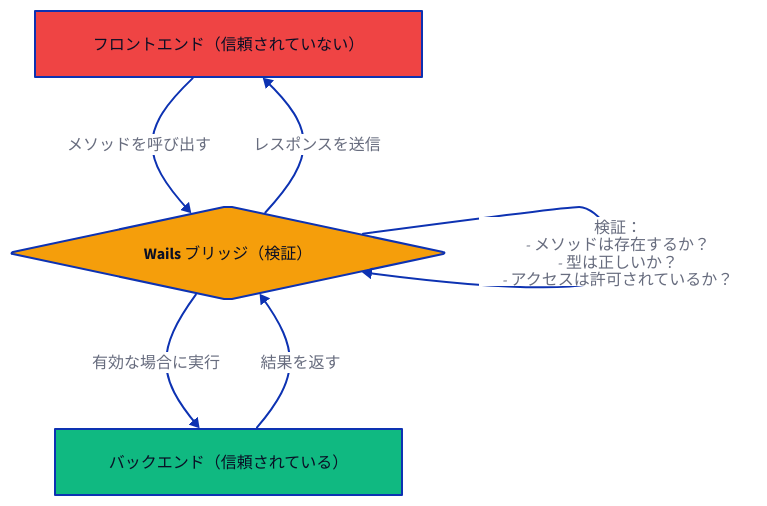
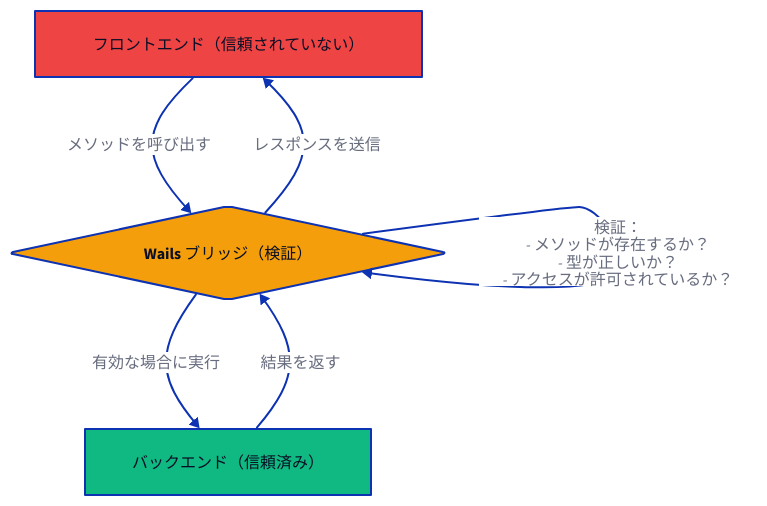
One commit to wailsapp/wails changed the eighth of 8 diagrams in docs/mpress/content/ja/concepts/architecture.md. Above: the diagram before and after it, drawn with D2. The commit also changed other lines of this file and 1096 other files, not shown here.

````diff
--- a/docs/mpress/content/ja/concepts/architecture.md
+++ b/docs/mpress/content/ja/concepts/architecture.md
@@ -559,24 +559,24 @@
 ```d2
 direction: down
 
 Frontend: フロントエンド（信頼されていない） {
   shape: rectangle
   style.fill: "#EF4444"
 }
 
 Bridge: Wails ブリッジ（検証） {
   shape: diamond
   style.fill: "#F59E0B"
 }
 
-Backend: バックエンド（信頼されている） {
+Backend: バックエンド（信頼済み） {
   shape: rectangle
   style.fill: "#10B981"
 }
 
 Frontend -> Bridge: メソッドを呼び出す
-Bridge -> Bridge: "検証：\n- メソッドは存在するか？\n- 型は正しいか？\n- アクセスは許可されているか？"
+Bridge -> Bridge: "検証：\n- メソッドが存在するか？\n- 型が正しいか？\n- アクセスが許可されているか？"
 Bridge -> Backend: 有効な場合に実行
 Backend -> Bridge: 結果を返す
 Bridge -> Frontend: レスポンスを送信
 ```
````
